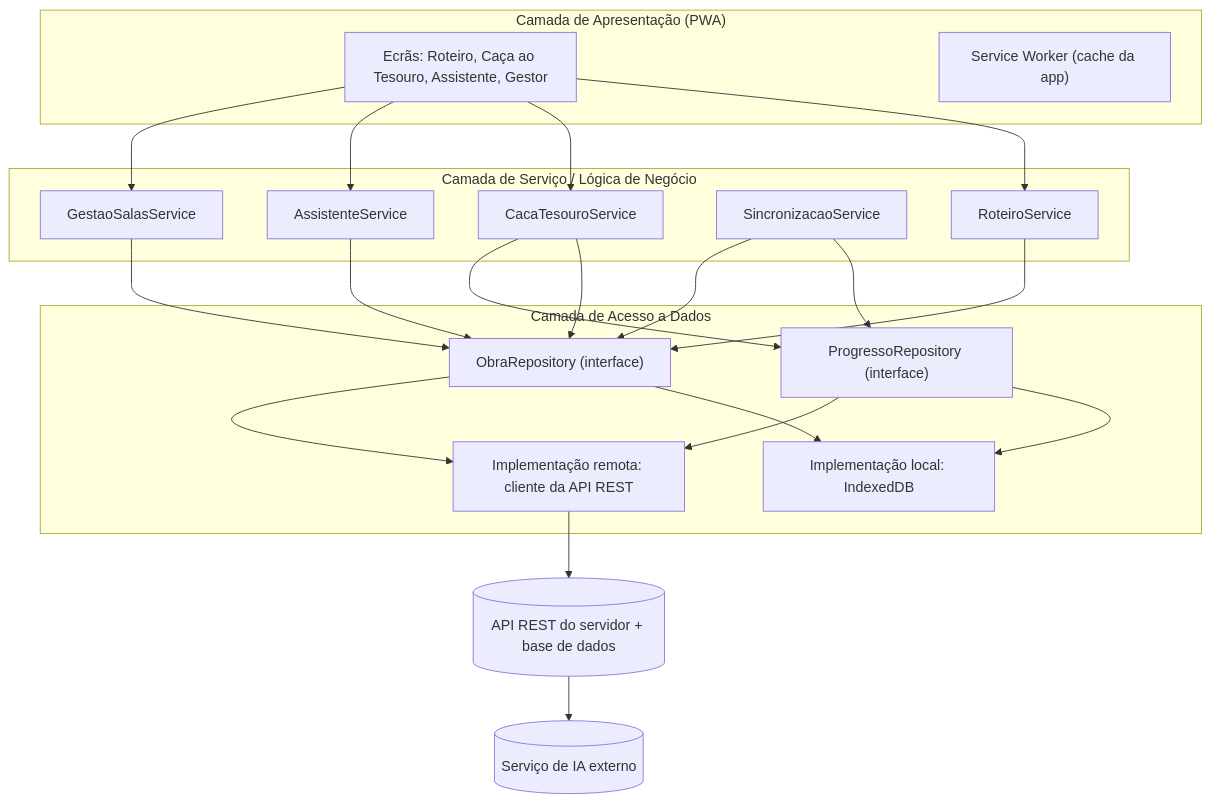
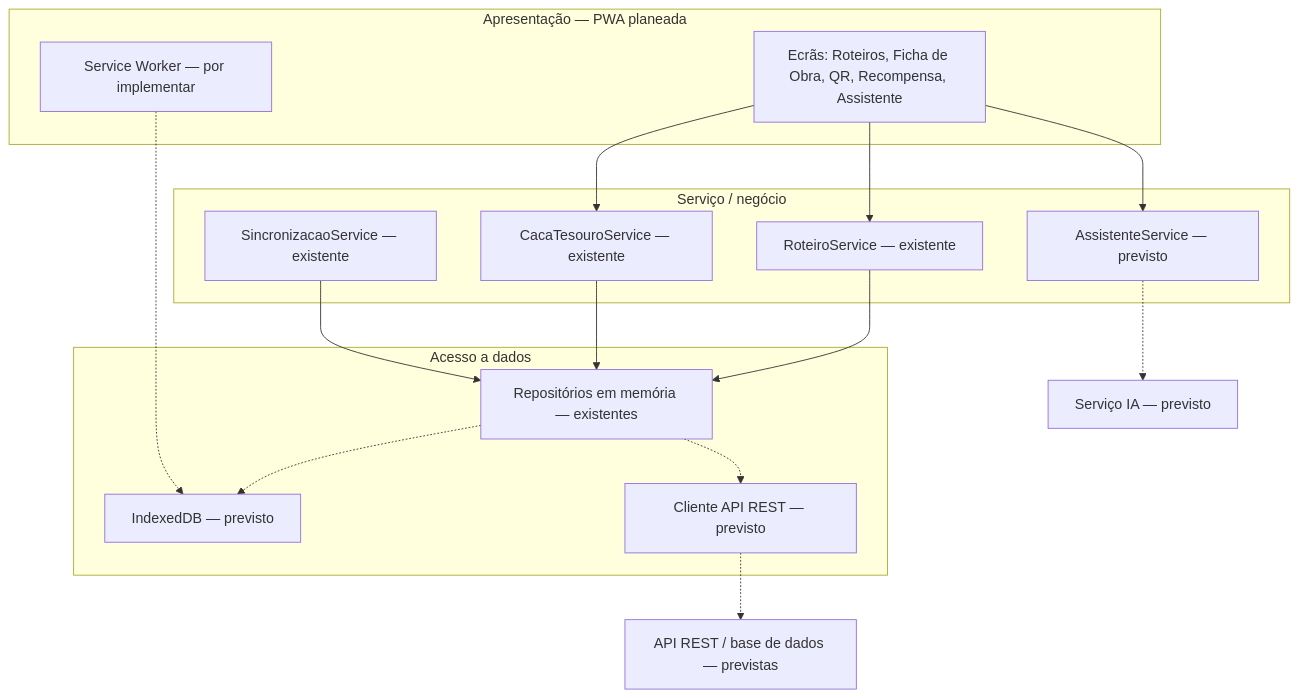
Before and after one commit to PedroRodriguesUFP/Projeto-de-ESOF: the third of 6 diagrams in docs/arquitetura.md, drawn with Mermaid. The commit also changed other lines of this file and 3 other files, not shown here.

````diff
--- a/docs/arquitetura.md
+++ b/docs/arquitetura.md
@@ -122,40 +91,31 @@
 ```mermaid
 flowchart TB
-    subgraph APR["Camada de Apresentação (PWA)"]
-        UI["Ecrãs: Roteiro, Caça ao Tesouro, Assistente, Gestor"]
-        SW["Service Worker (cache da app)"]
+    subgraph PRE["Apresentação — PWA planeada"]
+        UI["Ecrãs: Roteiros, Ficha de Obra, QR, Recompensa, Assistente"]
+        SW["Service Worker — por implementar"]
     end
-    subgraph SRV["Camada de Serviço / Lógica de Negócio"]
-        RS["RoteiroService"]
-        CS["CacaTesouroService"]
-        AS["AssistenteService"]
-        SS["SincronizacaoService"]
-        GS["GestaoSalasService"]
+    subgraph SER["Serviço / negócio"]
+        RS["RoteiroService — existente"]
+        CS["CacaTesouroService — existente"]
+        SS["SincronizacaoService — existente"]
+        AS["AssistenteService — previsto"]
     end
-    subgraph DAD["Camada de Acesso a Dados"]
-        OR["ObraRepository (interface)"]
-        PR["ProgressoRepository (interface)"]
-        LC["Implementação local: IndexedDB"]
-        RA["Implementação remota: cliente da API REST"]
+    subgraph DAD["Acesso a dados"]
+        MEM["Repositórios em memória — existentes"]
+        IDX["IndexedDB — previsto"]
+        REM["Cliente API REST — previsto"]
     end
-    API[("API REST do servidor + base de dados")]
-    LLM[("Serviço de IA externo")]
-
+    API["API REST / base de dados — previstas"]
+    LLM["Serviço IA — previsto"]
     UI --> RS
     UI --> CS
     UI --> AS
-    UI --> GS
-    RS --> OR
-    CS --> OR
-    CS --> PR
-    SS --> PR
-    SS --> OR
-    GS --> OR
-    AS --> OR
-    OR --> LC
-    OR --> RA
-    PR --> LC
-    PR --> RA
-    RA --> API
-    API --> LLM
+    RS --> MEM
+    CS --> MEM
+    SS --> MEM
+    MEM -.-> IDX
+    MEM -.-> REM
+    REM -.-> API
+    AS -.-> LLM
+    SW -.-> IDX
 ```
````
